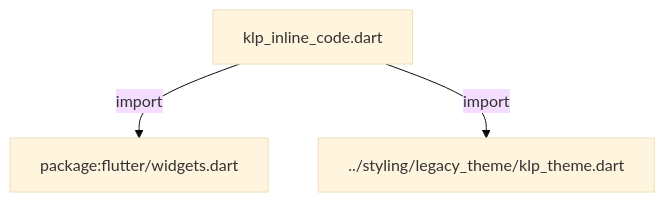
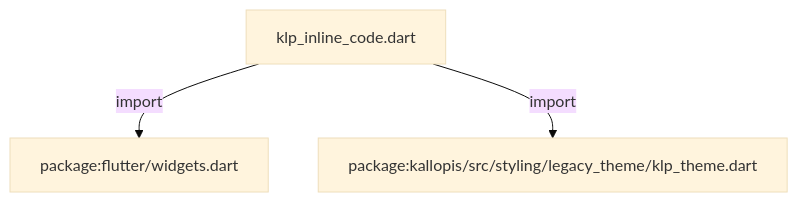
The first of 3 diagrams in docs/architecture/src/foundation/klp_inline_code.md (MiuDog/Kallopis), drawn with Mermaid (base theme) before and after one commit. The commit also changed other lines of this file and 9688 other files, not shown here.

Commit message:
Prepare isolated Flow F2 peer baseline

````diff
--- a/docs/architecture/src/foundation/klp_inline_code.md
+++ b/docs/architecture/src/foundation/klp_inline_code.md
@@ -11,8 +11,8 @@
 ```mermaid
 flowchart TD
 	n0["klp_inline_code.dart"]
 	n1["package:flutter/widgets.dart"]
-	n2["../styling/legacy_theme/klp_theme.dart"]
+	n2["package:kallopis/src/styling/legacy_theme/klp_theme.dart"]
 	n0 -->|"import"| n1
 	n0 -->|"import"| n2
 ```
````
